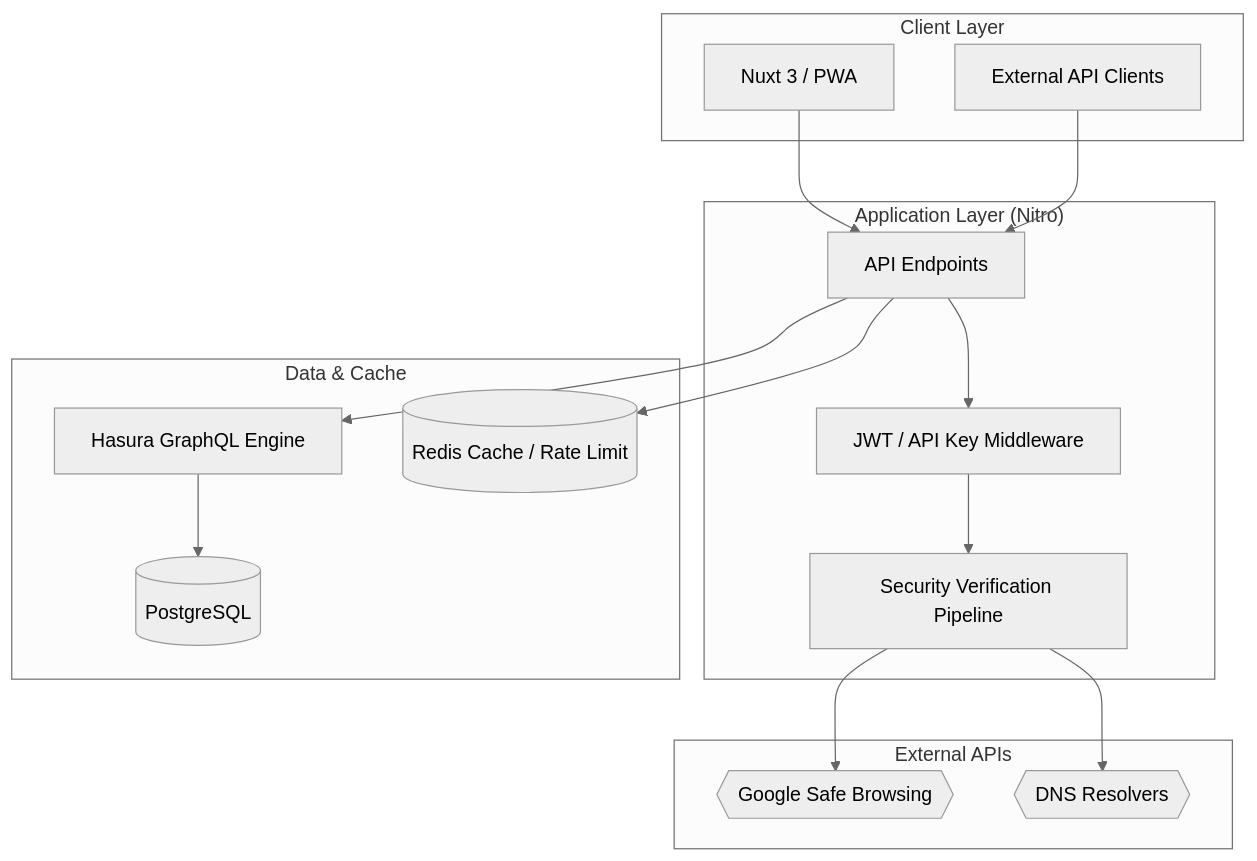
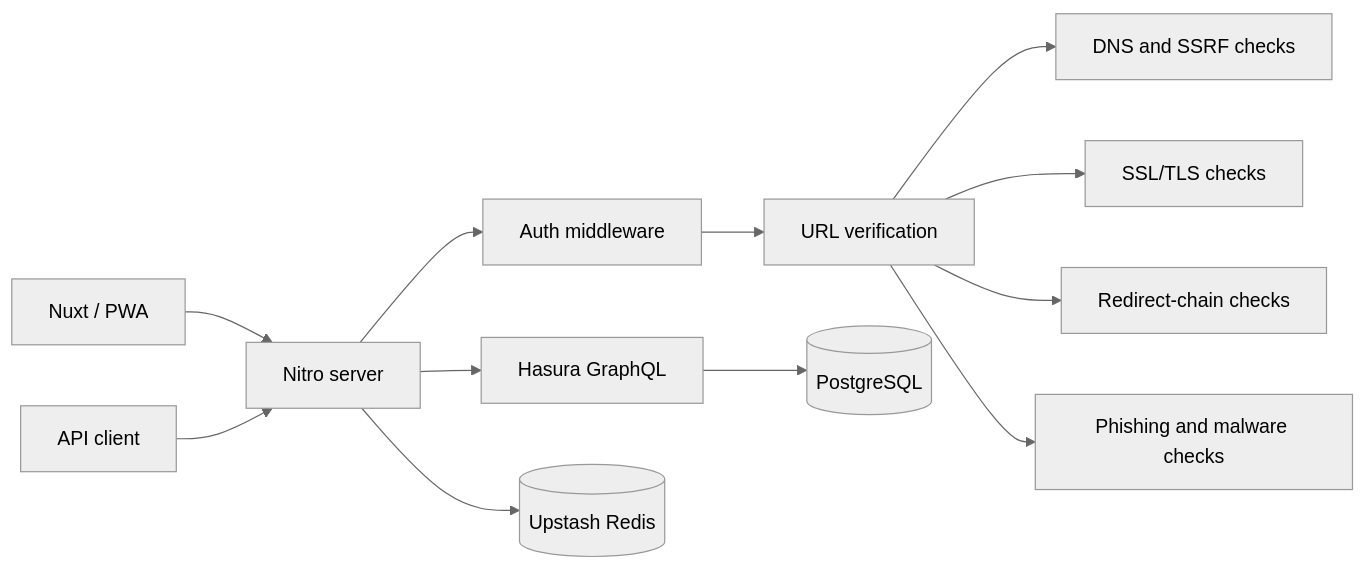
Before and after one commit to WomB0ComB0/link-shortener: the diagram in README.md, drawn with Mermaid (neutral theme). The commit also changed other lines of this file, not shown here.

````diff
--- a/README.md
+++ b/README.md
@@ -68,34 +23,14 @@
 ```mermaid
-graph TD
-    subgraph "Client Layer"
-        UI[Nuxt 3 / PWA]
-        CLI[External API Clients]
-    end
-
-    subgraph "Application Layer (Nitro)"
-        API[API Endpoints]
-        Pipeline[Security Verification Pipeline]
-        Auth[JWT / API Key Middleware]
-    end
-
-    subgraph "Data & Cache"
-        HSR[Hasura GraphQL Engine]
-        DB[(PostgreSQL)]
-        RDS[(Redis Cache / Rate Limit)]
-    end
-
-    subgraph "External APIs"
-        GSB{{Google Safe Browsing}}
-        DNS{{DNS Resolvers}}
-    end
-
-    UI --> API
-    CLI --> API
-    API --> Auth
-    Auth --> Pipeline
-    Pipeline --> GSB
-    Pipeline --> DNS
-    API --> HSR
-    API --> RDS
-    HSR --> DB
+flowchart LR
+    Browser[Nuxt / PWA] --> Nitro[Nitro server]
+    Client[API client] --> Nitro
+    Nitro --> Auth[Auth middleware]
+    Auth --> Verify[URL verification]
+    Verify --> DNS[DNS and SSRF checks]
+    Verify --> TLS[SSL/TLS checks]
+    Verify --> Redirects[Redirect-chain checks]
+    Verify --> Threats[Phishing and malware checks]
+    Nitro --> Hasura[Hasura GraphQL]
+    Hasura --> Postgres[(PostgreSQL)]
+    Nitro --> Redis[(Upstash Redis)]
 ```
````
